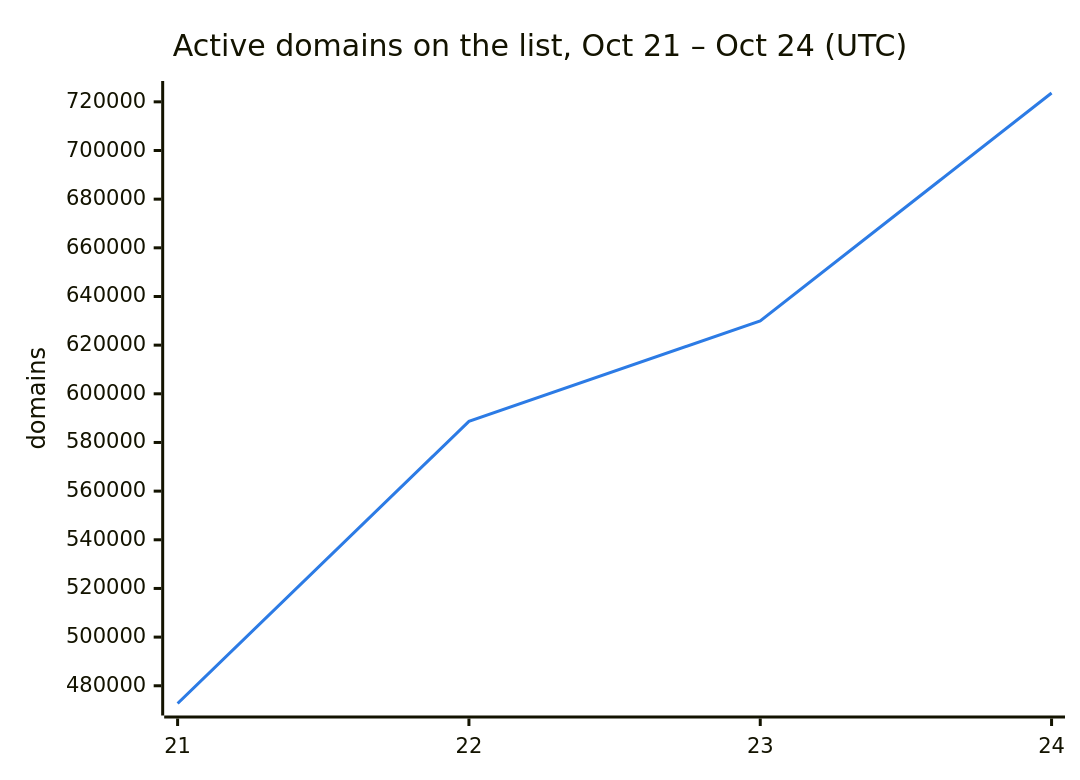
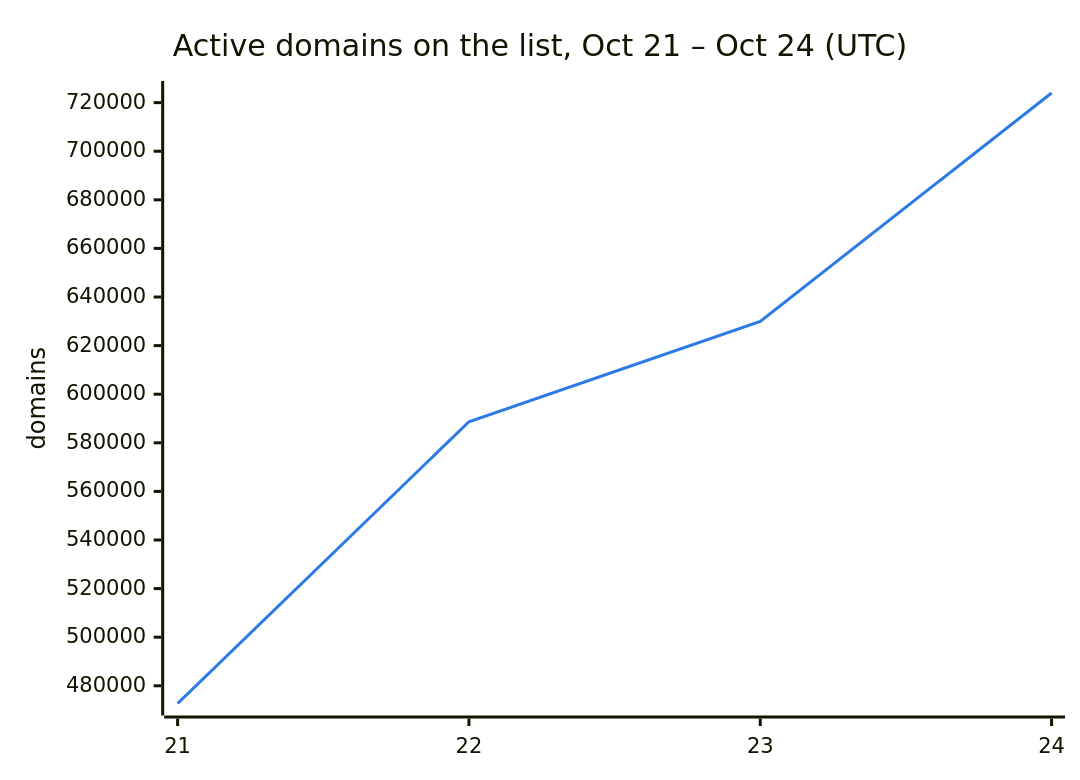
One commit to DNSBunker/CTI changed the second of 3 diagrams in README.md. Above: the diagram before and after it, drawn with Mermaid. The commit also changed other lines of this file and 3 other files, not shown here.

````diff
--- a/README.md
+++ b/README.md
@@ -38,8 +38,8 @@
 ```mermaid
 %%{init: {"themeVariables": {"xyChart": {"plotColorPalette": "#2c7be5"}}}}%%
 xychart-beta
     title "Active domains on the list, Oct 21 – Oct 24 (UTC)"
     x-axis ["21", "22", "23", "24"]
     y-axis "domains"
-    line [472713, 588659, 629951, 723633]
+    line [472713, 588659, 629951, 723963]
 ```
````
